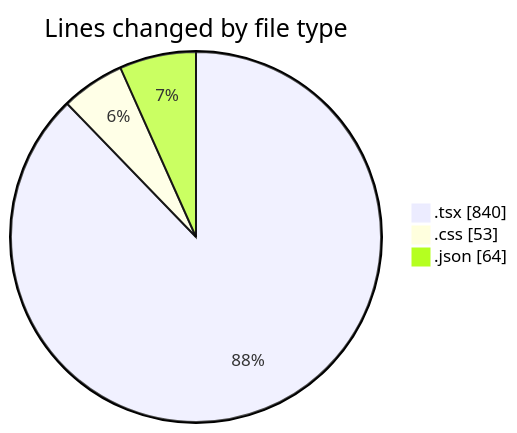
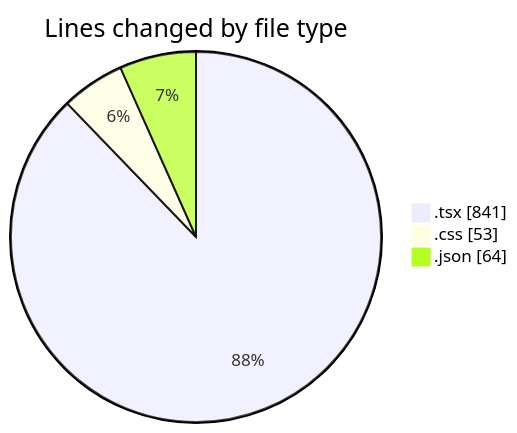
Before and after one commit to Elitesun/code-tracking: the first of 2 diagrams in 2025-04-10/product-page/README.md, drawn with Mermaid. The commit also changed other lines of this file and 1 other file, not shown here.

````diff
--- a/2025-04-10/product-page/README.md
+++ b/2025-04-10/product-page/README.md
@@ -30,7 +30,7 @@
 ```mermaid
 pie showData
 title Lines changed by file type
-".tsx" : 840
+".tsx" : 841
 ".css" : 53
 ".json" : 64
 ```
````
